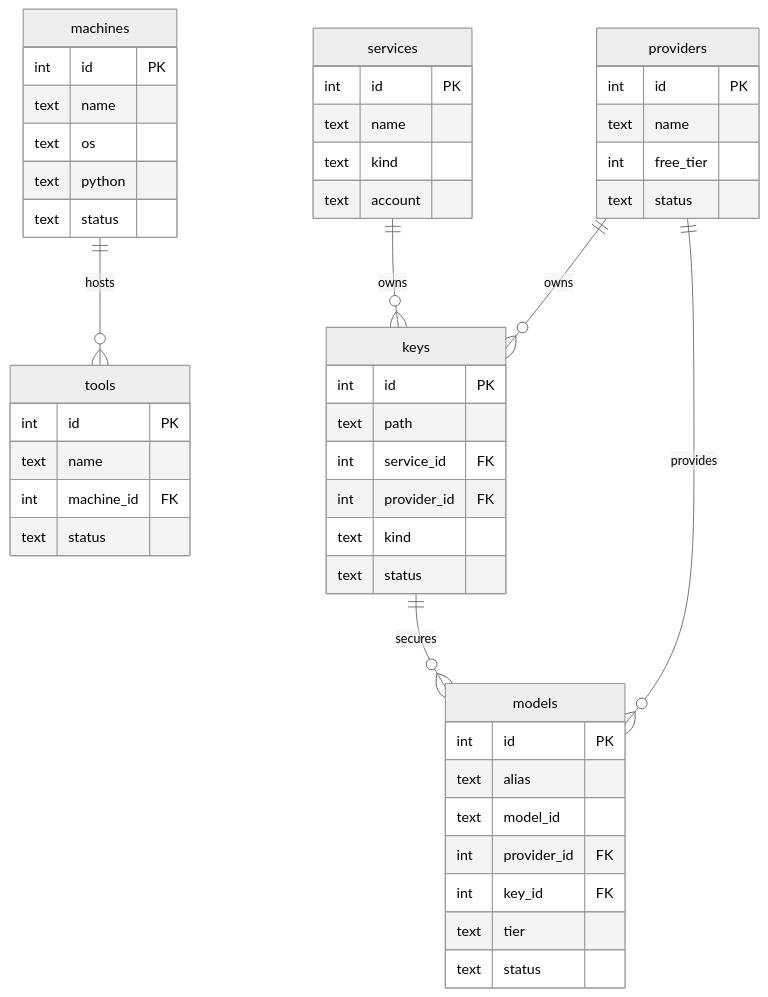
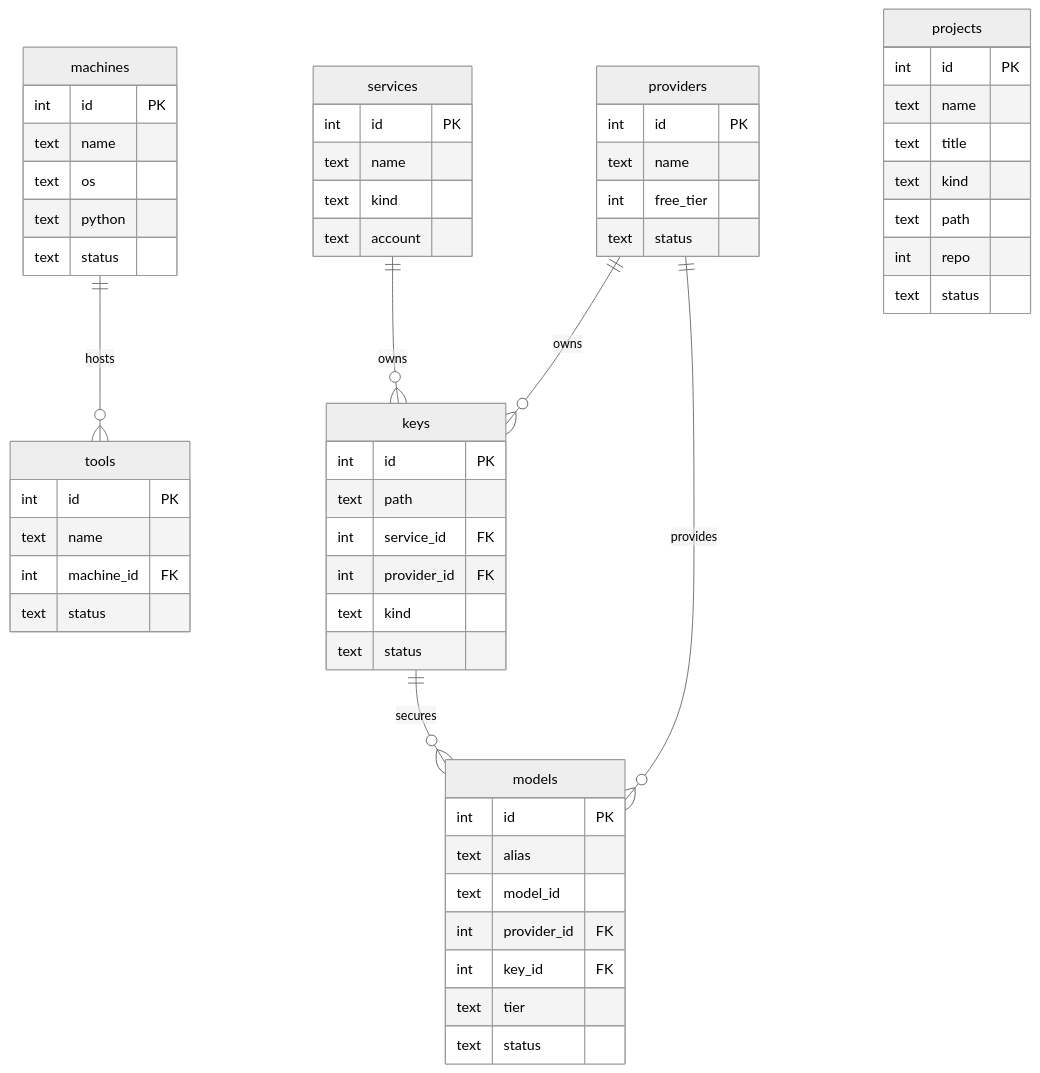
The diagram in doc/diagrams/db-schema.mmd (peterkokosharov/ai-first-workspace), drawn with Mermaid (neutral theme) before and after one commit. The commit also changed 5 other files, not shown here.

```diff
--- a/doc/diagrams/db-schema.mmd
+++ b/doc/diagrams/db-schema.mmd
@@ -1,54 +1,64 @@
 erDiagram
     machines ||--o{ tools : "hosts"
     services ||--o{ keys : "owns"
     providers ||--o{ keys : "owns"
     providers ||--o{ models : "provides"
     keys ||--o{ models : "secures"
     
     machines {
         int id PK
         text name
         text os
         text python
         text status
     }
     
     services {
         int id PK
         text name
         text kind
         text account
     }
     
     providers {
         int id PK
         text name
         int free_tier
         text status
     }
     
     keys {
         int id PK
         text path
         int service_id FK
         int provider_id FK
         text kind
         text status
     }
     
     models {
         int id PK
         text alias
         text model_id
         int provider_id FK
         int key_id FK
         text tier
         text status
     }
     
     tools {
         int id PK
         text name
         int machine_id FK
         text status
     }
+
+    projects {
+        int id PK
+        text name
+        text title
+        text kind
+        text path
+        int repo
+        text status
+    }
```
